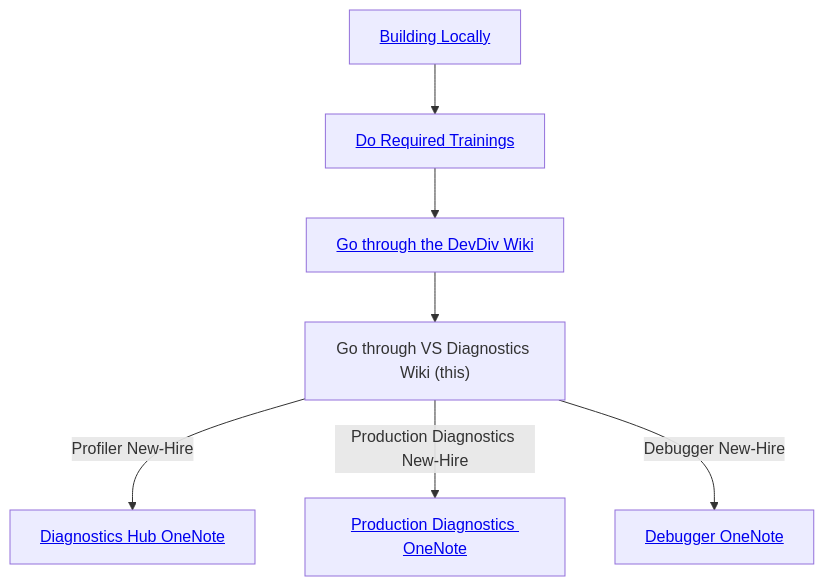
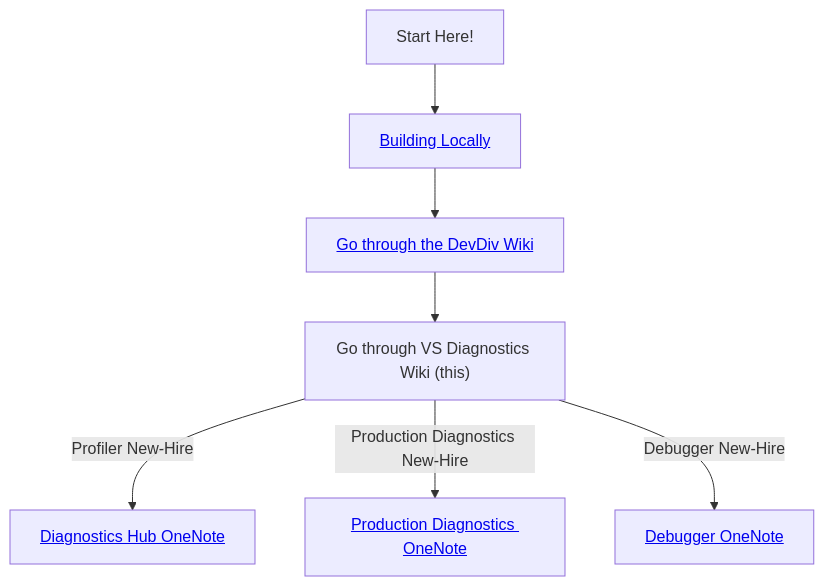
One commit to dotnet/dotnet-monitor changed the diagram in documentation/learningPath/README.md. Above: the diagram before and after it, drawn with Mermaid. The commit also changed other lines of this file, not shown here.

````diff
--- a/documentation/learningPath/README.md
+++ b/documentation/learningPath/README.md
@@ -16,9 +8,9 @@
 ```mermaid
 graph TD
-    B[<a href='https://github.com/dotnet/dotnet-monitor/blob/main/documentation/building.md'>Building Locally</a>] --> C[<a href='https://aka.ms/learning'>Do Required Trainings</a>]
+    B[Start Here!] --> C[<a href='https://github.com/dotnet/dotnet-monitor/blob/main/documentation/building.md'>Building Locally</a>]
     C --> D[<a href='https://dev.azure.com/devdiv/DevDiv/_wiki/wikis/DevDiv.wiki/524/DevDiv-Wiki-Home'>Go through the DevDiv Wiki</a>]
     D --> E["Go through VS Diagnostics Wiki (this)"]
     E --> |Profiler New-Hire| F[<a href='https://microsoft.sharepoint.com/:o:/r/teams/VisualStudioProductTeam/_layouts/15/Doc.aspx?sourcedoc=%7B1B956597-4B0E-4150-A3AF-1C8327205C26%7D&file=Diagnostics%20Hub&action=edit&mobileredirect=true&wdorigin=Sharepoint'>Diagnostics Hub OneNote</a>]
     E --> |Production Diagnostics New-Hire| G[<a href='https://microsoft.sharepoint.com/teams/VisualStudioProductTeam/Shared%20Documents/Forms/AllItems.aspx?id=%2Fteams%2FVisualStudioProductTeam%2FShared%20Documents%2FVS%20Diagnostics%2FProduction%20Diagnostics%2F%5FOneNote&viewid=fc0feb05%2D8384%2D4621%2Da946%2D71f556fd73ec'>Production Diagnostics OneNote</a>]
     E --> |Debugger New-Hire| H["<a href='https://microsoft.sharepoint.com/teams/VisualStudioProductTeam/_layouts/15/Doc.aspx?sourcedoc={62985f92-d727-4d94-a965-15931f382492}'>Debugger OneNote</a>"]
 ```
````
